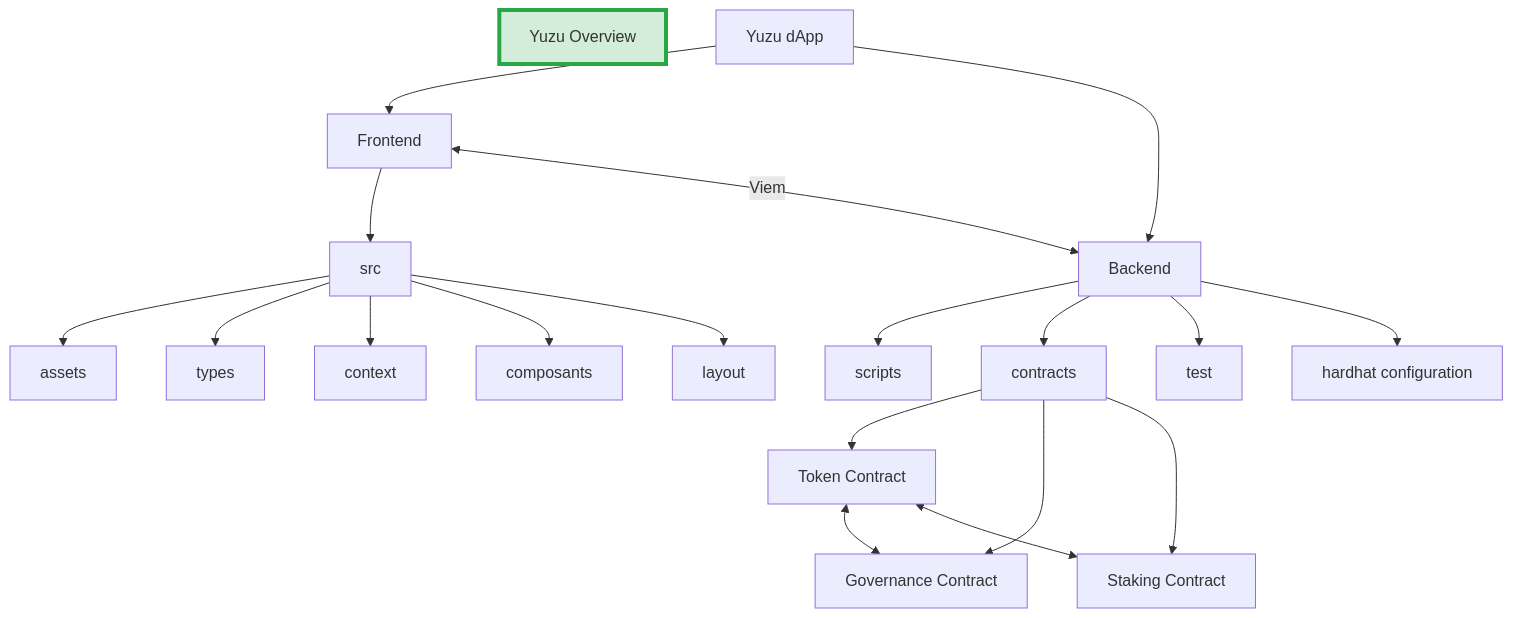
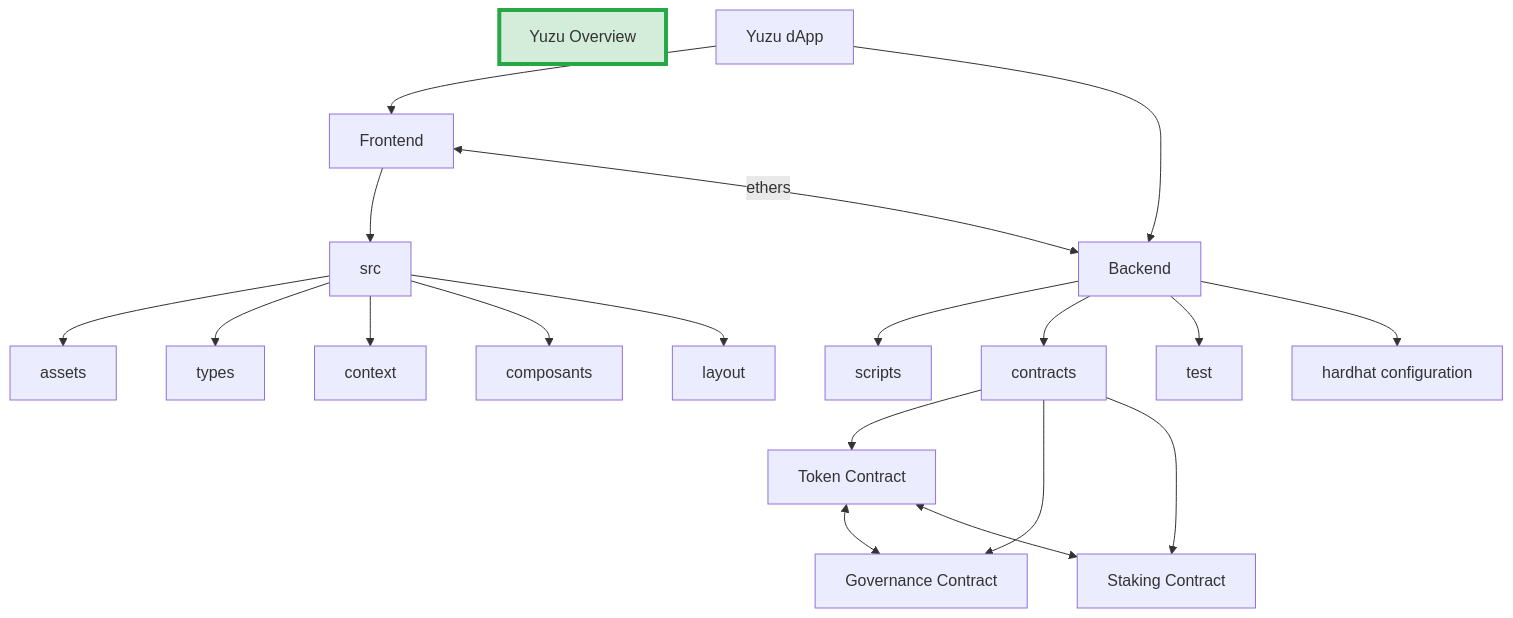
One commit to pierrick951/DashCrypto changed the diagram in overview.mermaid. Above: the diagram before and after it, drawn with Mermaid. The commit also changed 13 other files, not shown here.

```diff
--- a/overview.mermaid
+++ b/overview.mermaid
@@ -1,27 +1,27 @@
 graph TD
     title[Yuzu Overview]
     style title fill:#d4edda,stroke:#28a745,stroke-width:4px
     
     A[Yuzu dApp] --> B[Frontend]
     A --> C[Backend]
     
     B --> D[src]
     D --> E[assets]
     D --> F[types]
     D --> G[context]
     D --> O[composants]
     D --> P[layout]
     
     C --> H[scripts]
     C --> I[contracts]
     C --> J[test]
     C --> K[hardhat configuration]
     
     I --> L[Token Contract]
     I --> M[Governance Contract]
     I --> N[Staking Contract]
     
     L <--> M
     L <--> N
     
-    B <--> |Viem| C
+    B <--> |ethers| C
```
